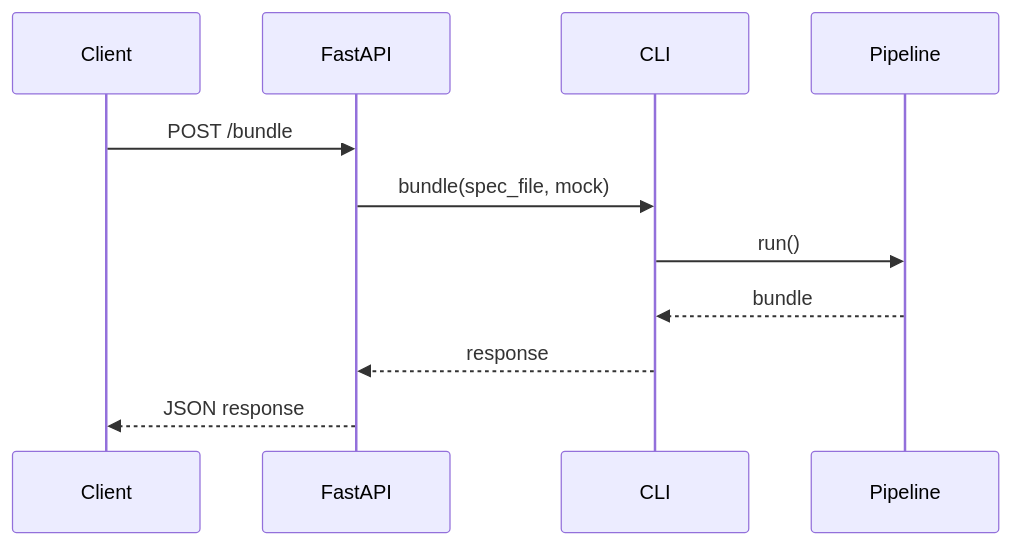
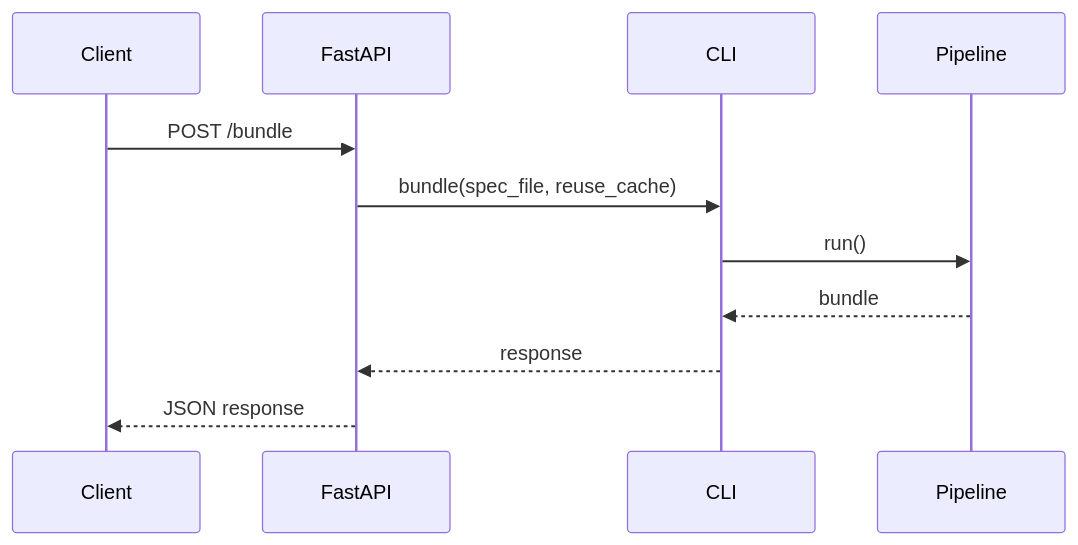
Diagram 12 of 18 in docs/architecture.md (fraware/saferl-proof-stack), drawn with Mermaid before and after one commit. The commit also changed other lines of this file and 574 other files, not shown here.

````diff
--- a/docs/architecture.md
+++ b/docs/architecture.md
@@ -334,14 +334,14 @@
 ```mermaid
 sequenceDiagram
     participant Client
     participant FastAPI
     participant CLI
     participant Pipeline
 
     Client->>FastAPI: POST /bundle
-    FastAPI->>CLI: bundle(spec_file, mock)
+    FastAPI->>CLI: bundle(spec_file, reuse_cache)
     CLI->>Pipeline: run()
     Pipeline-->>CLI: bundle
     CLI-->>FastAPI: response
     FastAPI-->>Client: JSON response
 ```
````
